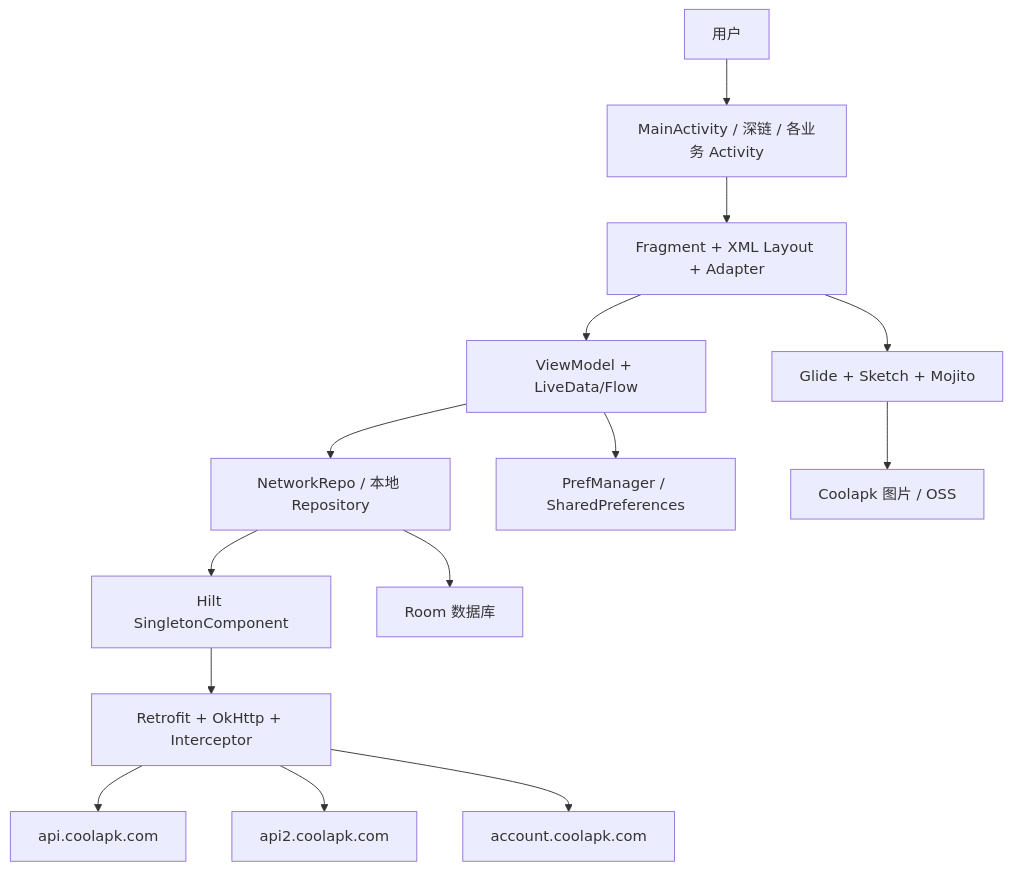
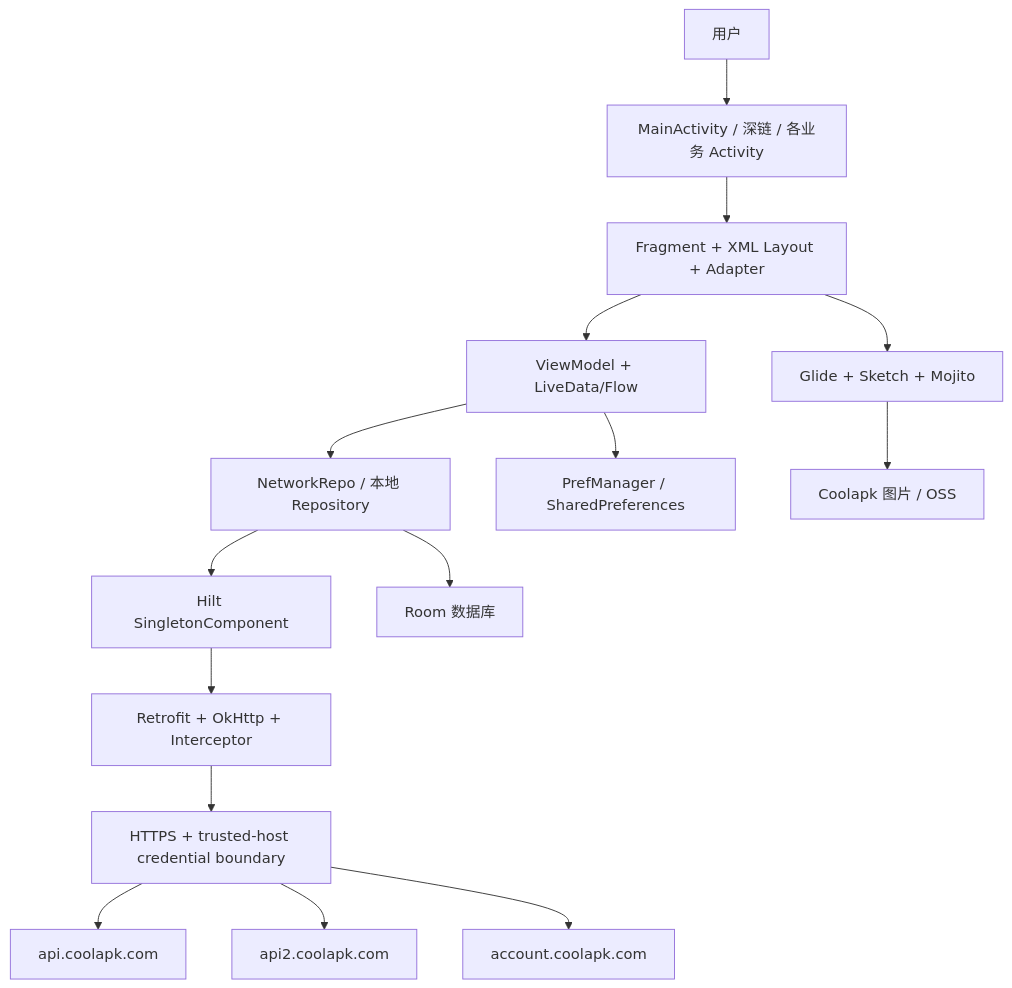
One commit to godmiracle/Coolapk changed the diagram in docs/architecture.md. Above: the diagram before and after it, drawn with Mermaid. The commit also changed other lines of this file and 59 other files, not shown here.

````diff
--- a/docs/architecture.md
+++ b/docs/architecture.md
@@ -7,16 +7,17 @@
 ```mermaid
 flowchart TD
     User["用户"] --> Entry["MainActivity / 深链 / 各业务 Activity"]
     Entry --> UI["Fragment + XML Layout + Adapter"]
     UI --> VM["ViewModel + LiveData/Flow"]
     VM --> Repo["NetworkRepo / 本地 Repository"]
     Repo --> Hilt["Hilt SingletonComponent"]
     Hilt --> Retrofit["Retrofit + OkHttp + Interceptor"]
-    Retrofit --> API1["api.coolapk.com"]
-    Retrofit --> API2["api2.coolapk.com"]
-    Retrofit --> Account["account.coolapk.com"]
+    Retrofit --> Boundary["HTTPS + trusted-host credential boundary"]
+    Boundary --> API1["api.coolapk.com"]
+    Boundary --> API2["api2.coolapk.com"]
+    Boundary --> Account["account.coolapk.com"]
     Repo --> Room["Room 数据库"]
     VM --> Pref["PrefManager / SharedPreferences"]
     UI --> Image["Glide + Sketch + Mojito"]
     Image --> ImageHost["Coolapk 图片 / OSS"]
 ```
````
